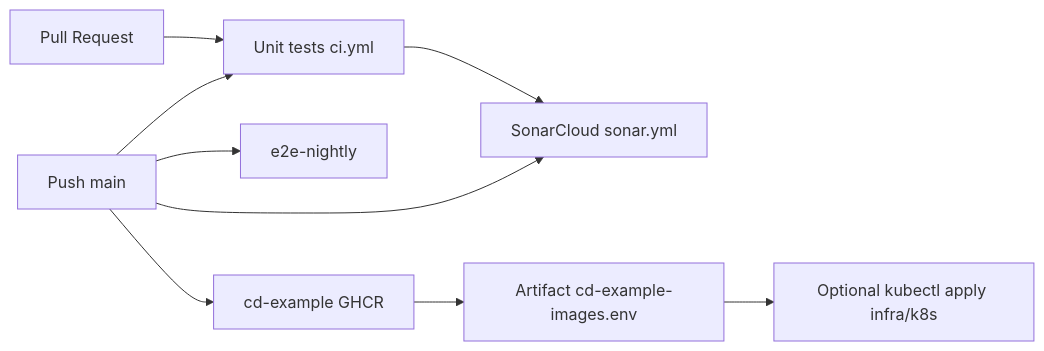
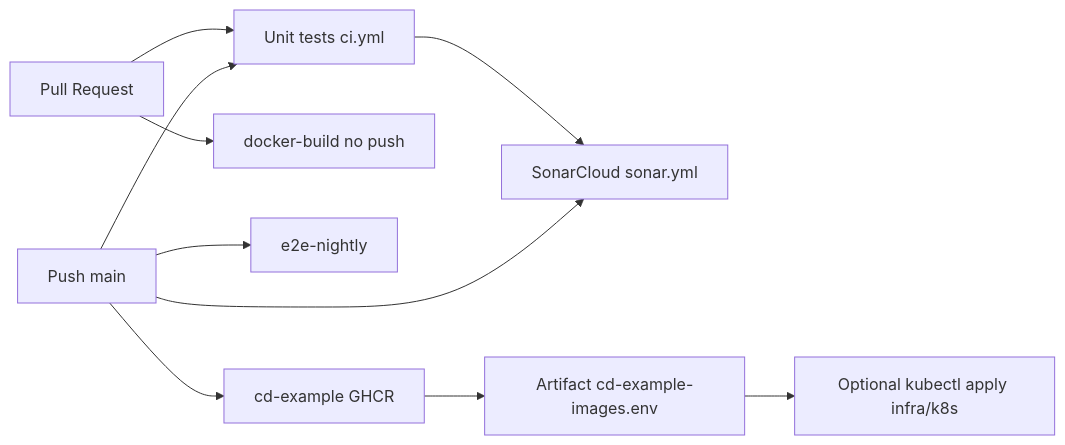
One commit to bue221/proyecto-arquitectura-software-emergente changed the diagram in docs/04-devops/ci-cd.md. Above: the diagram before and after it, drawn with Mermaid. The commit also changed other lines of this file and 23 other files, not shown here.

````diff
--- a/docs/04-devops/ci-cd.md
+++ b/docs/04-devops/ci-cd.md
@@ -16,11 +16,12 @@
 ```mermaid
 flowchart LR
   PR[Pull Request] --> U[Unit tests ci.yml]
+  PR --> D[docker-build no push]
   U --> S[SonarCloud sonar.yml]
   main[Push main] --> U
   main --> S
   main --> E2E[e2e-nightly]
   main --> CD[cd-example GHCR]
   CD --> ART[Artifact cd-example-images.env]
   ART --> K8S[Optional kubectl apply infra/k8s]
 ```
````
